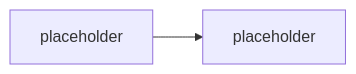
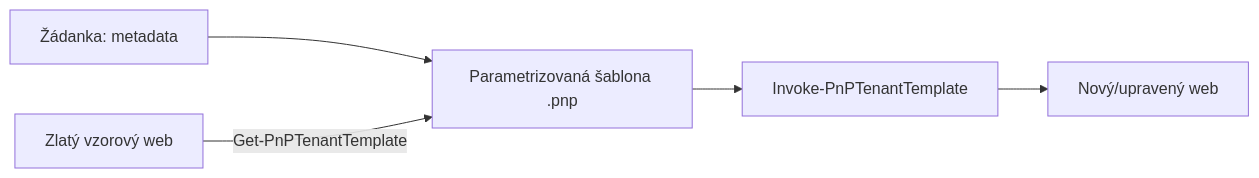
One commit to MalasekPetr/gopas-goc223 changed the diagram in day-3/provisioning-patterns/README.md. Above: the diagram before and after it, drawn with Mermaid. The commit also changed other lines of this file and 8 other files, not shown here.

````diff
--- a/day-3/provisioning-patterns/README.md
+++ b/day-3/provisioning-patterns/README.md
@@ -17,5 +32,7 @@
 ```mermaid
-%% TODO: diagram — žádanka -> metadata capture -> šablona -> provisioning -> web
 flowchart LR
-  A[placeholder] --> B[placeholder]
+  A[Žádanka: metadata] --> B[Parametrizovaná šablona .pnp]
+  B --> C[Invoke-PnPTenantTemplate]
+  C --> D[Nový/upravený web]
+  E["Zlatý" vzorový web] -->|Get-PnPTenantTemplate| B
 ```
````
